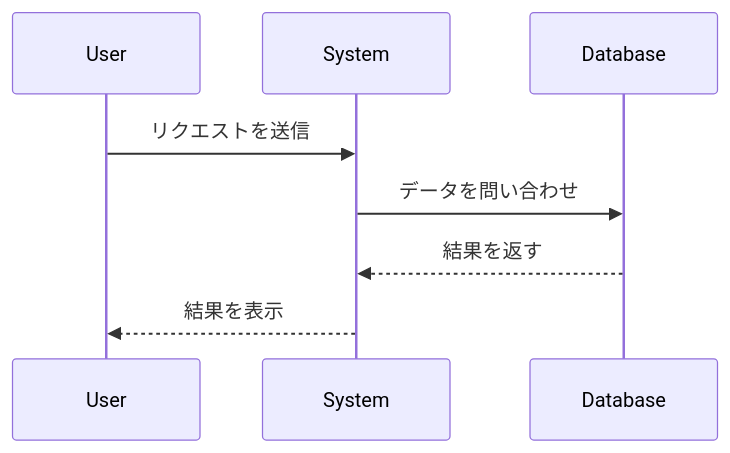
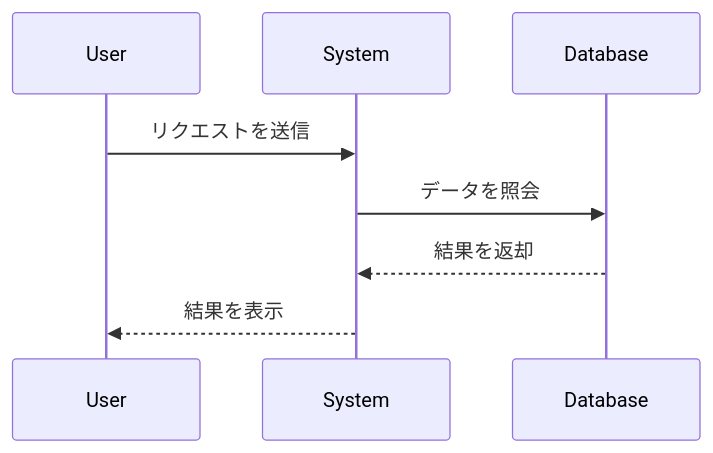
The second of 7 diagrams in .czon/src/ja-JP/8938d6aac9c056c06137a041b8e82379bfb619bb6d435b9ecec515337dd0cd69.md (zccz14/CZON), drawn with Mermaid before and after one commit. The commit also changed other lines of this file and 148 other files, not shown here.

````diff
--- a/.czon/src/ja-JP/8938d6aac9c056c06137a041b8e82379bfb619bb6d435b9ecec515337dd0cd69.md
+++ b/.czon/src/ja-JP/8938d6aac9c056c06137a041b8e82379bfb619bb6d435b9ecec515337dd0cd69.md
@@ -38,11 +37,11 @@
 ```mermaid
 sequenceDiagram
     participant User
     participant System
     participant Database
 
     User->>System: リクエストを送信
-    System->>Database: データを問い合わせ
-    Database-->>System: 結果を返す
+    System->>Database: データを照会
+    Database-->>System: 結果を返却
     System-->>User: 結果を表示
 ```
````
